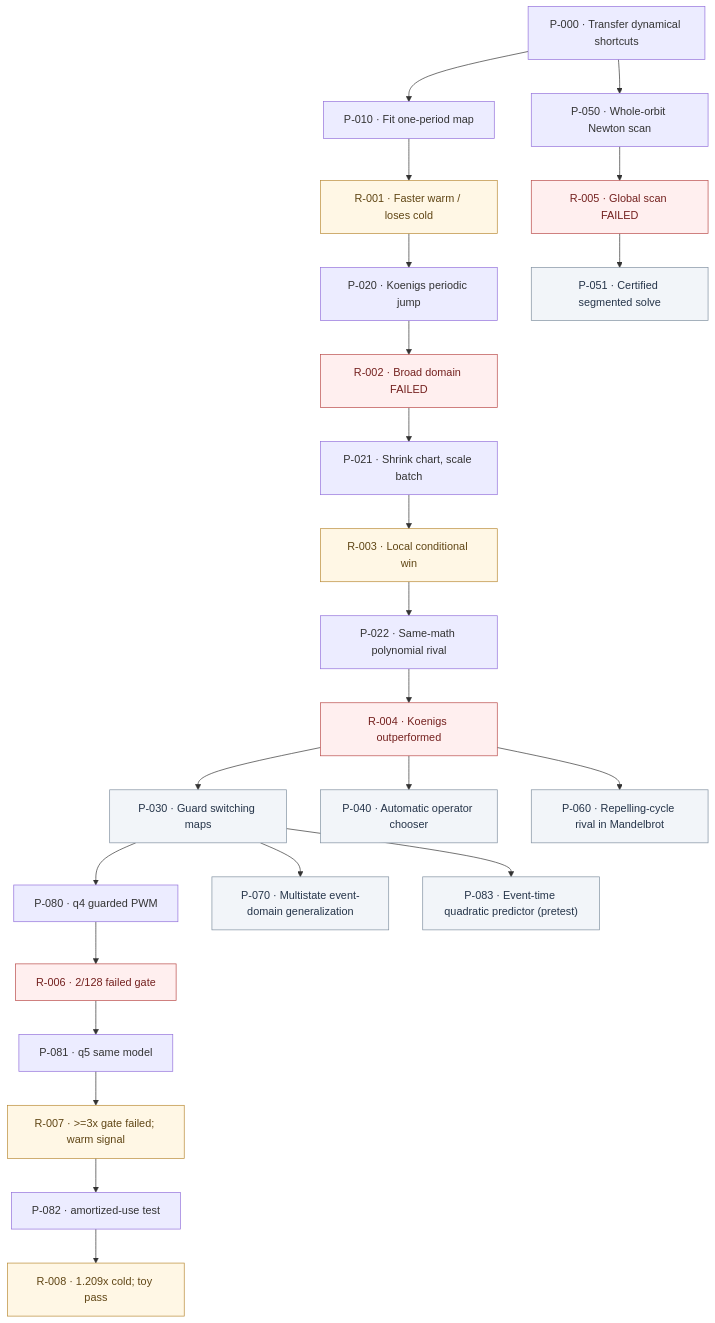
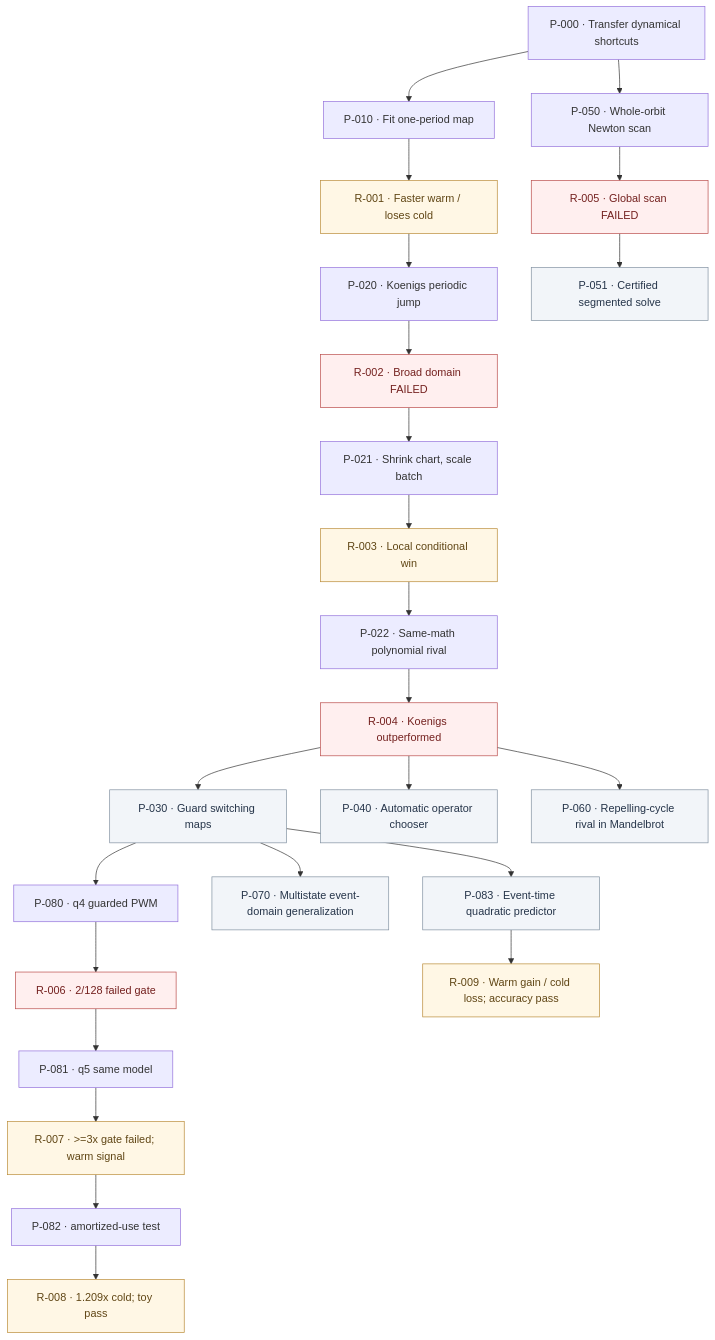
One commit to junovhs/fractodactyl changed the diagram in MAP.md. Above: the diagram before and after it, drawn with Mermaid. The commit also changed other lines of this file and 6 other files, not shown here.

Commit message:
research: record R-009 event-time benchmark and conditional frontier

````diff
--- a/MAP.md
+++ b/MAP.md
@@ -5,31 +5,32 @@
 ```mermaid
 flowchart TD
   P000["P-000 · Transfer dynamical shortcuts"] --> P010["P-010 · Fit one-period map"]
   P010 --> R001["R-001 · Faster warm / loses cold"]
   R001 --> P020["P-020 · Koenigs periodic jump"]
   P020 --> R002["R-002 · Broad domain FAILED"]
   R002 --> P021["P-021 · Shrink chart, scale batch"]
   P021 --> R003["R-003 · Local conditional win"]
   R003 --> P022["P-022 · Same-math polynomial rival"]
   P022 --> R004["R-004 · Koenigs outperformed"]
   R004 --> P030["P-030 · Guard switching maps"]
   R004 --> P040["P-040 · Automatic operator chooser"]
   R004 --> P060["P-060 · Repelling-cycle rival in Mandelbrot"]
   P000 --> P050["P-050 · Whole-orbit Newton scan"]
   P050 --> R005["R-005 · Global scan FAILED"]
   R005 --> P051["P-051 · Certified segmented solve"]
   P030 --> P080["P-080 · q4 guarded PWM"]
   P080 --> R006["R-006 · 2/128 failed gate"]
   R006 --> P081["P-081 · q5 same model"]
   P081 --> R007["R-007 · >=3x gate failed; warm signal"]
   R007 --> P082["P-082 · amortized-use test"]
   P082 --> R008["R-008 · 1.209x cold; toy pass"]
   P030 --> P070["P-070 · Multistate event-domain generalization"]
-  P030 --> P083["P-083 · Event-time quadratic predictor (pretest)"]
+  P030 --> P083["P-083 · Event-time quadratic predictor"]
+  P083 --> R009["R-009 · Warm gain / cold loss; accuracy pass"]
   classDef fail fill:#ffefef,stroke:#b94a48,color:#74211f
   classDef maybe fill:#fff7e5,stroke:#b98a35,color:#604615
   classDef untested fill:#f2f5f9,stroke:#8090a0,color:#253449
   class R002,R004,R005,R006 fail
-  class R001,R003,R007,R008 maybe
+  class R001,R003,R007,R008,R009 maybe
   class P030,P040,P051,P060,P070,P083 untested
 ```
````
